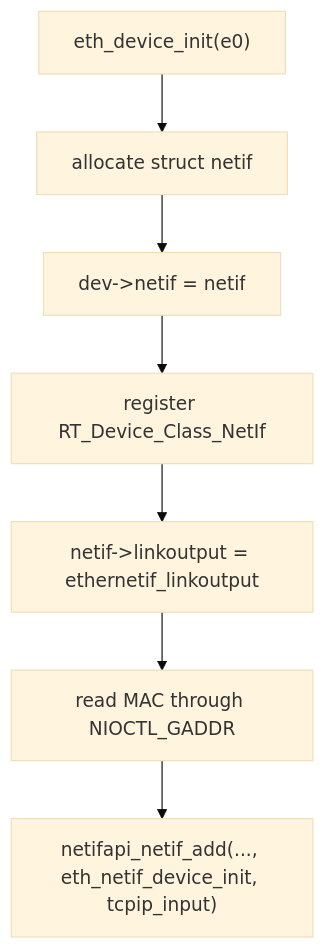
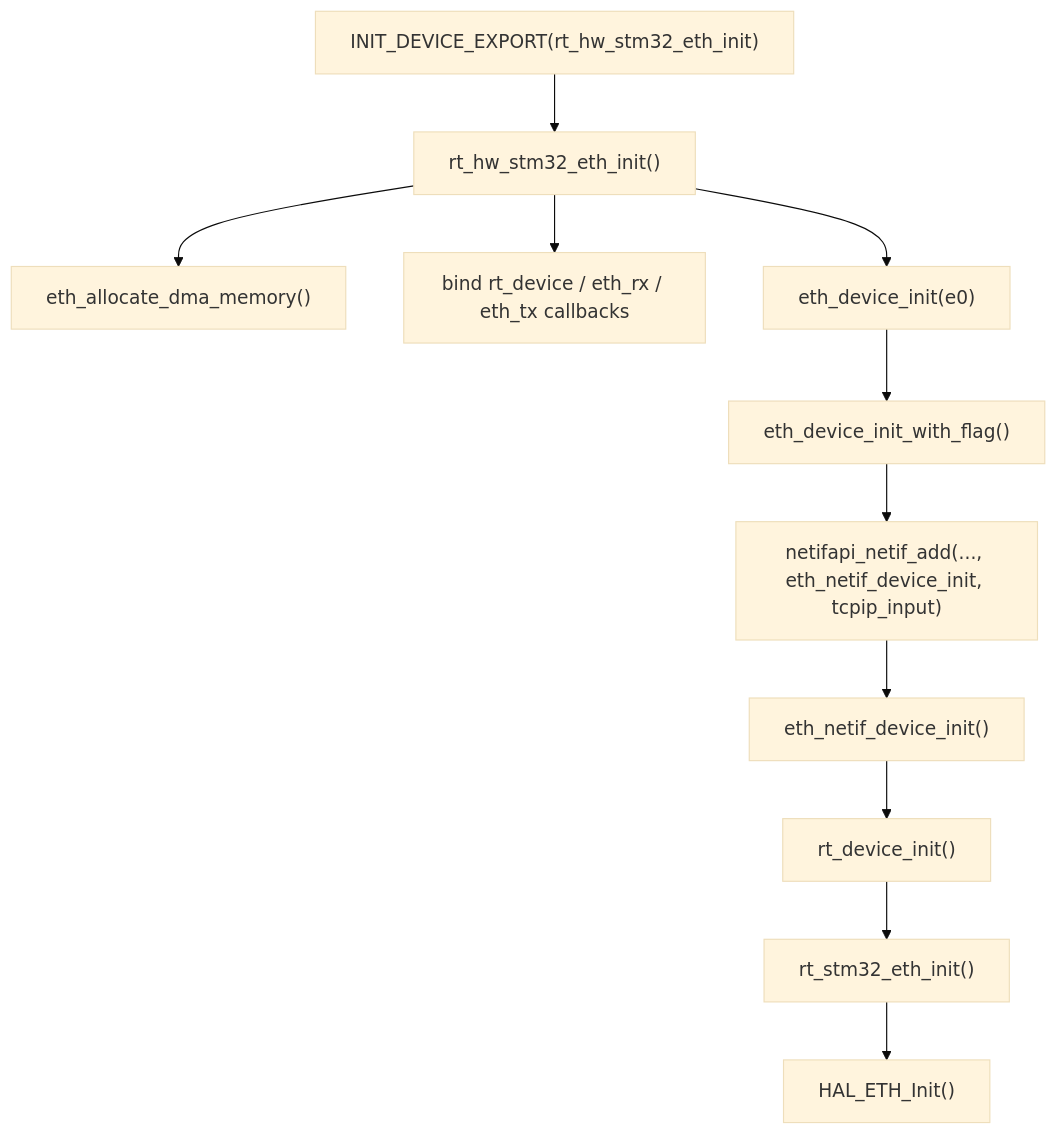
Before and after one commit to wdfk-prog/lwIP-Source-Lab: the third of 7 diagrams in docs/42-stm32h750-rtthread-lwip-ethernet-port.md, drawn with Mermaid (base theme). The commit also changed other lines of this file and 49 other files, not shown here.

````diff
--- a/docs/42-stm32h750-rtthread-lwip-ethernet-port.md
+++ b/docs/42-stm32h750-rtthread-lwip-ethernet-port.md
@@ -160,9 +59,13 @@
 ```mermaid
 flowchart TD
-    A["eth_device_init(e0)"] --> B["allocate struct netif"]
-    B --> C["dev->netif = netif"]
-    C --> D["register RT_Device_Class_NetIf"]
-    D --> E["netif->linkoutput = ethernetif_linkoutput"]
-    E --> F["read MAC through NIOCTL_GADDR"]
+    A["INIT_DEVICE_EXPORT(rt_hw_stm32_eth_init)"] --> B["rt_hw_stm32_eth_init()"]
+    B --> C["eth_allocate_dma_memory()"]
+    B --> D["bind rt_device / eth_rx / eth_tx callbacks"]
+    B --> E["eth_device_init(e0)"]
+    E --> F["eth_device_init_with_flag()"]
     F --> G["netifapi_netif_add(..., eth_netif_device_init, tcpip_input)"]
+    G --> H["eth_netif_device_init()"]
+    H --> I["rt_device_init()"]
+    I --> J["rt_stm32_eth_init()"]
+    J --> K["HAL_ETH_Init()"]
 ```
````
